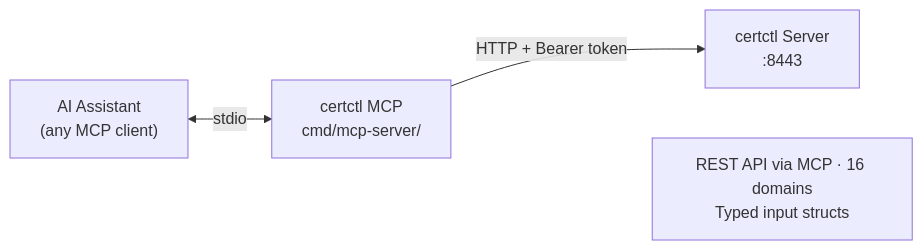
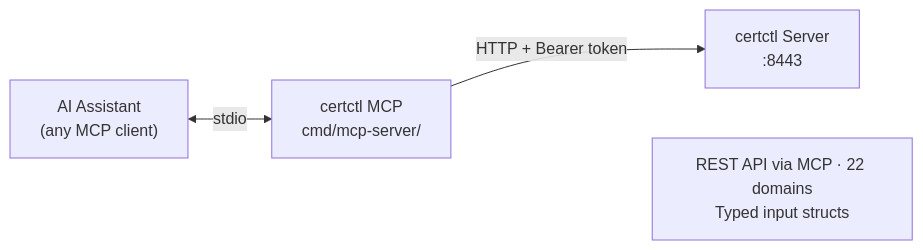
Before and after one commit to certctl-io/certctl: the diagram in docs/reference/mcp.md, drawn with Mermaid. The commit also changed other lines of this file and 3 other files, not shown here.

````diff
--- a/docs/reference/mcp.md
+++ b/docs/reference/mcp.md
@@ -119,11 +128,11 @@
 ```mermaid
 flowchart LR
     AI["AI Assistant\n(any MCP client)"]
     MCP["certctl MCP\ncmd/mcp-server/"]
     SERVER["certctl Server\n:8443"]
 
     AI <-->|"stdio"| MCP
     MCP -->|"HTTP + Bearer token"| SERVER
 
-    MCP ~~~ TOOLS["REST API via MCP · 16 domains\nTyped input structs"]
+    MCP ~~~ TOOLS["REST API via MCP · 22 domains\nTyped input structs"]
 ```
````
